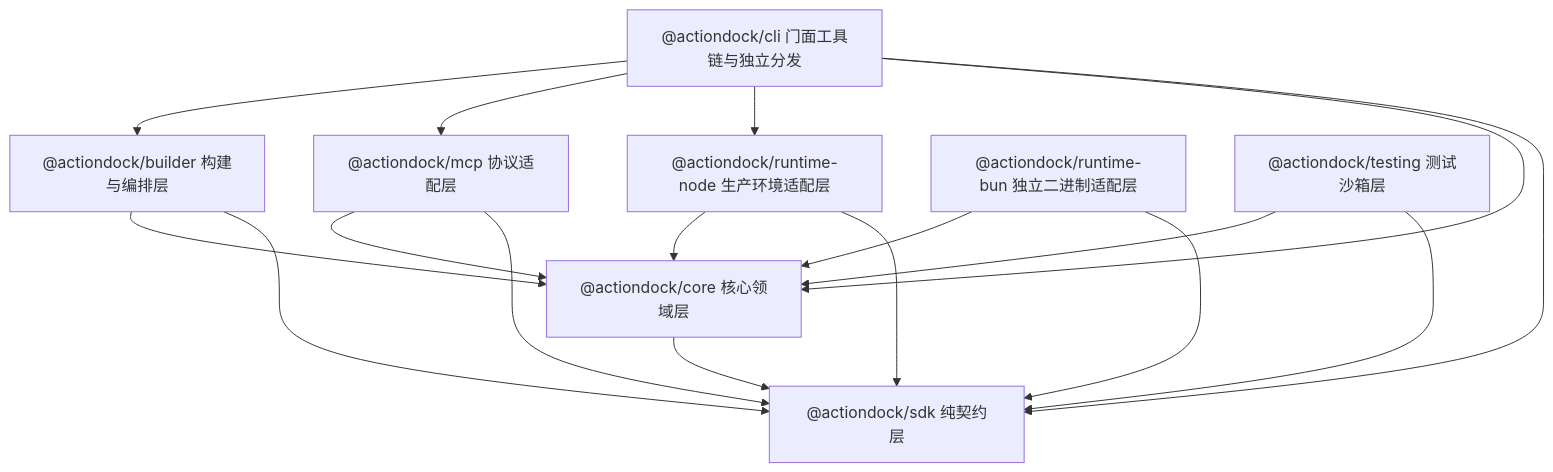
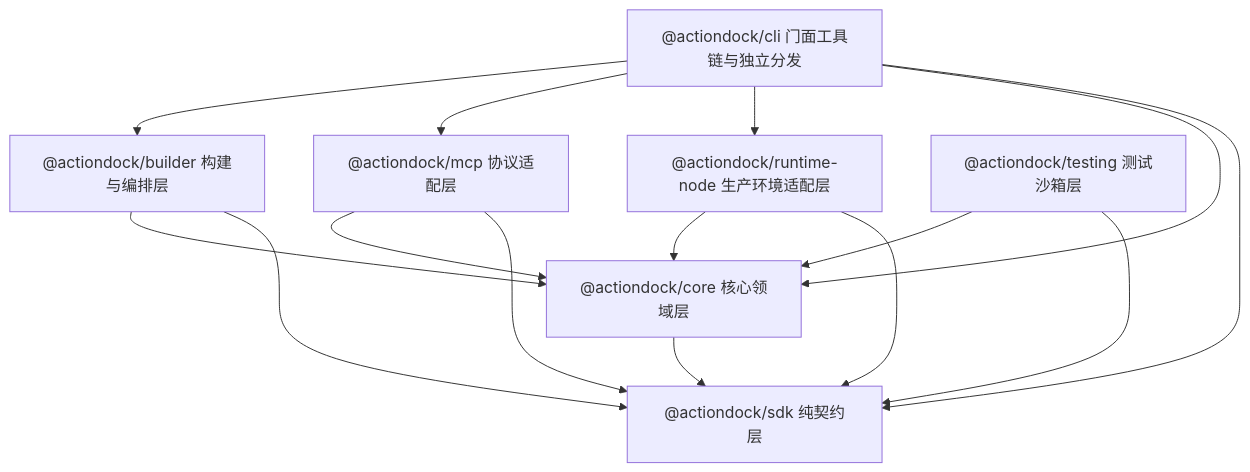
The second of 3 diagrams in docs/getting-started/overview.md (team4u/actiondock), drawn with Mermaid before and after one commit. The commit also changed other lines of this file and 28 other files, not shown here.

Commit message:
refactor: 彻底移除 packages/runtime-bun 并精简目标包分发与构建脚本

````diff
--- a/docs/getting-started/overview.md
+++ b/docs/getting-started/overview.md
@@ -68,34 +68,30 @@
 ```mermaid
 graph TD
     CLI["@actiondock/cli 门面工具链与独立分发"]
     BUILDER["@actiondock/builder 构建与编排层"]
     MCP["@actiondock/mcp 协议适配层"]
     RUNTIME_NODE["@actiondock/runtime-node 生产环境适配层"]
-    RUNTIME_BUN["@actiondock/runtime-bun 独立二进制适配层"]
     TESTING["@actiondock/testing 测试沙箱层"]
     CORE["@actiondock/core 核心领域层"]
     SDK["@actiondock/sdk 纯契约层"]
 
     CLI --> BUILDER
     CLI --> MCP
     CLI --> RUNTIME_NODE
     CLI --> CORE
     CLI --> SDK
 
     BUILDER --> CORE
     BUILDER --> SDK
 
     MCP --> CORE
     MCP --> SDK
 
     RUNTIME_NODE --> CORE
     RUNTIME_NODE --> SDK
 
-    RUNTIME_BUN --> CORE
-    RUNTIME_BUN --> SDK
-
     TESTING --> CORE
     TESTING --> SDK
 
     CORE --> SDK
 ```
````
